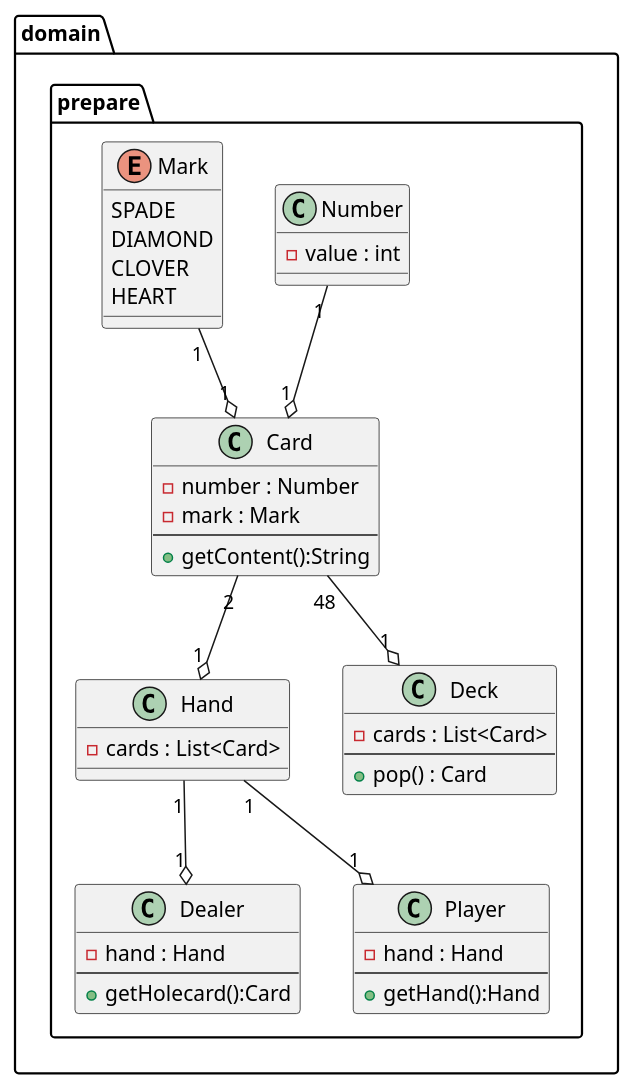
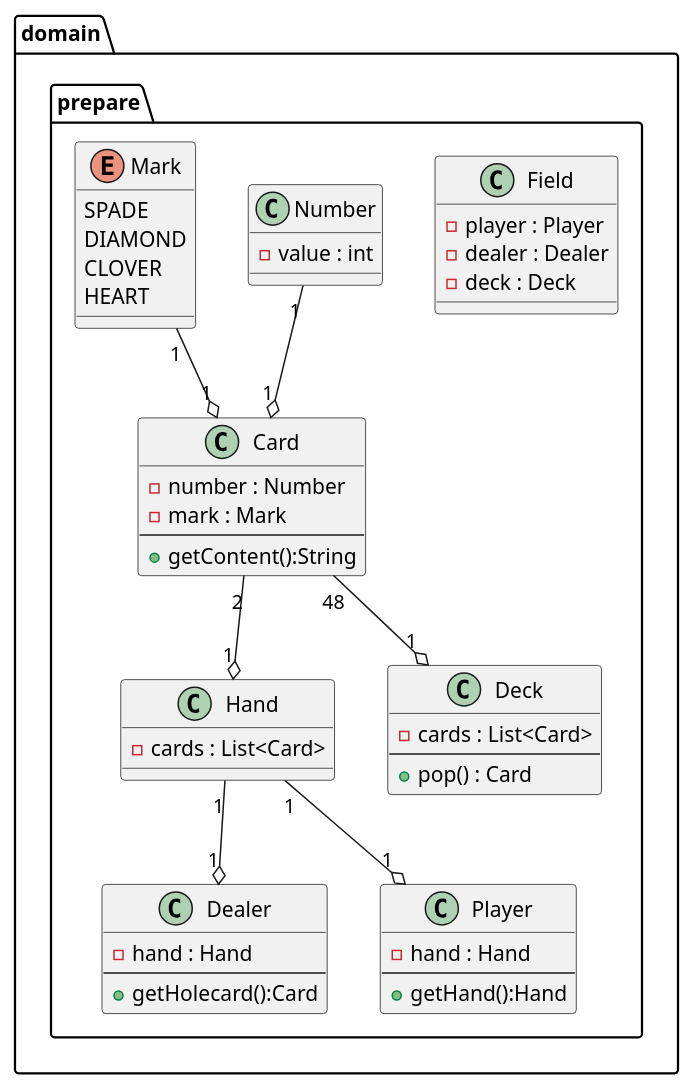
Before and after one commit to KazukiOtomo/sample: the diagram in lecture/src/uml/prepare-class.puml, drawn with PlantUML. The commit also changed 13 other files, not shown here.

```diff
--- a/lecture/src/uml/prepare-class.puml
+++ b/lecture/src/uml/prepare-class.puml
@@ -1,57 +1,63 @@
 @startuml
 'https://plantuml.com/sequence-diagram
 
 skinparam defaultFontName Cica
 
 package domain.prepare {
+
+    class Field {
+        -player : Player
+        -dealer : Dealer
+        -deck : Deck
+    }
 
     class Dealer {
         -hand : Hand
         --
         +getHolecard():Card
     }
 
     class Player {
         -hand : Hand
         --
         +getHand():Hand
     }
 
     class Hand {
         -cards : List<Card>
     }
 
     class Card {
         -number : Number
         -mark : Mark
         --
         +getContent():String
     }
 
     Hand "1" --o "1" Player
     Hand "1" --o "1" Dealer
     Card "2" --o "1" Hand
 
     class Number {
         -value : int
     }
 
     enum Mark {
         SPADE
         DIAMOND
         CLOVER
         HEART
     }
 
     Mark "1" --o "1" Card
     Number "1" --o "1" Card
 
     class Deck {
         -cards : List<Card>
         --
         +pop() : Card
     }
 
     Card "48" --o "1" Deck
 }
 @enduml
```
